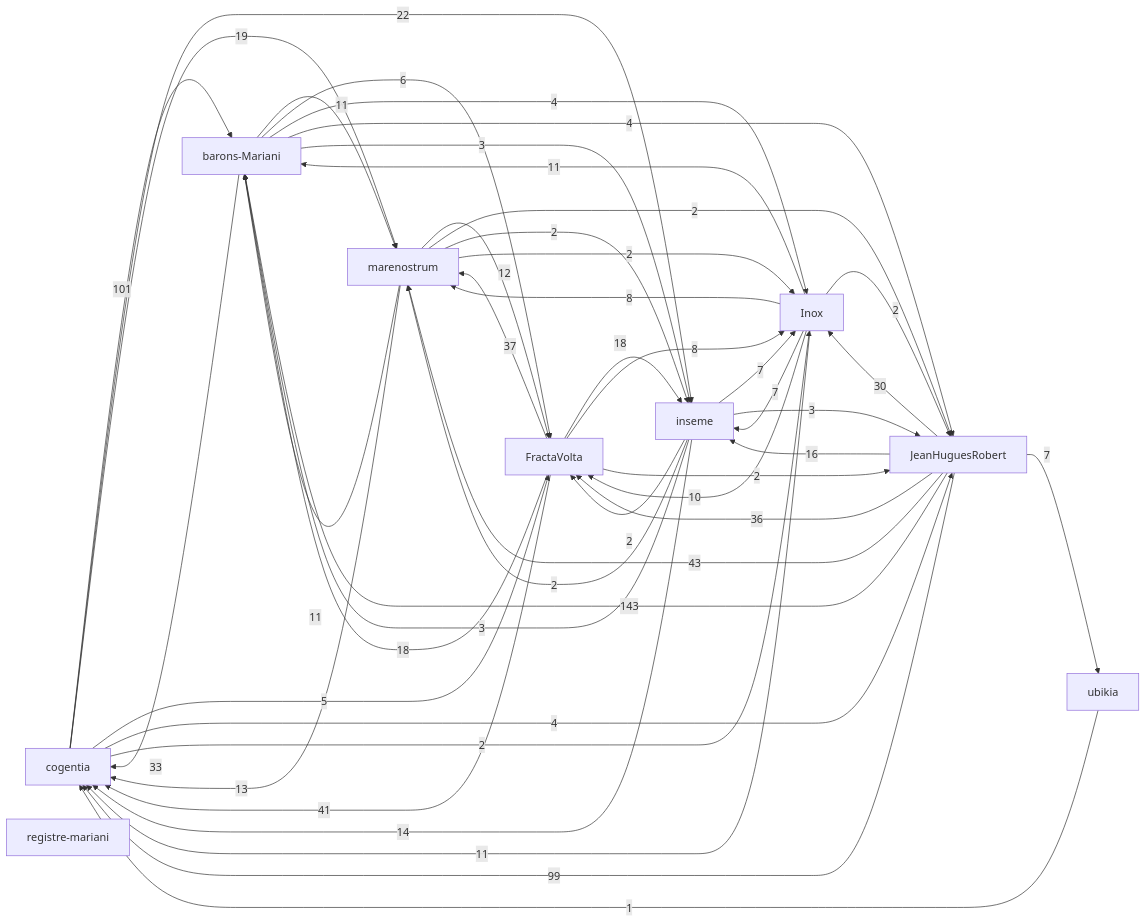
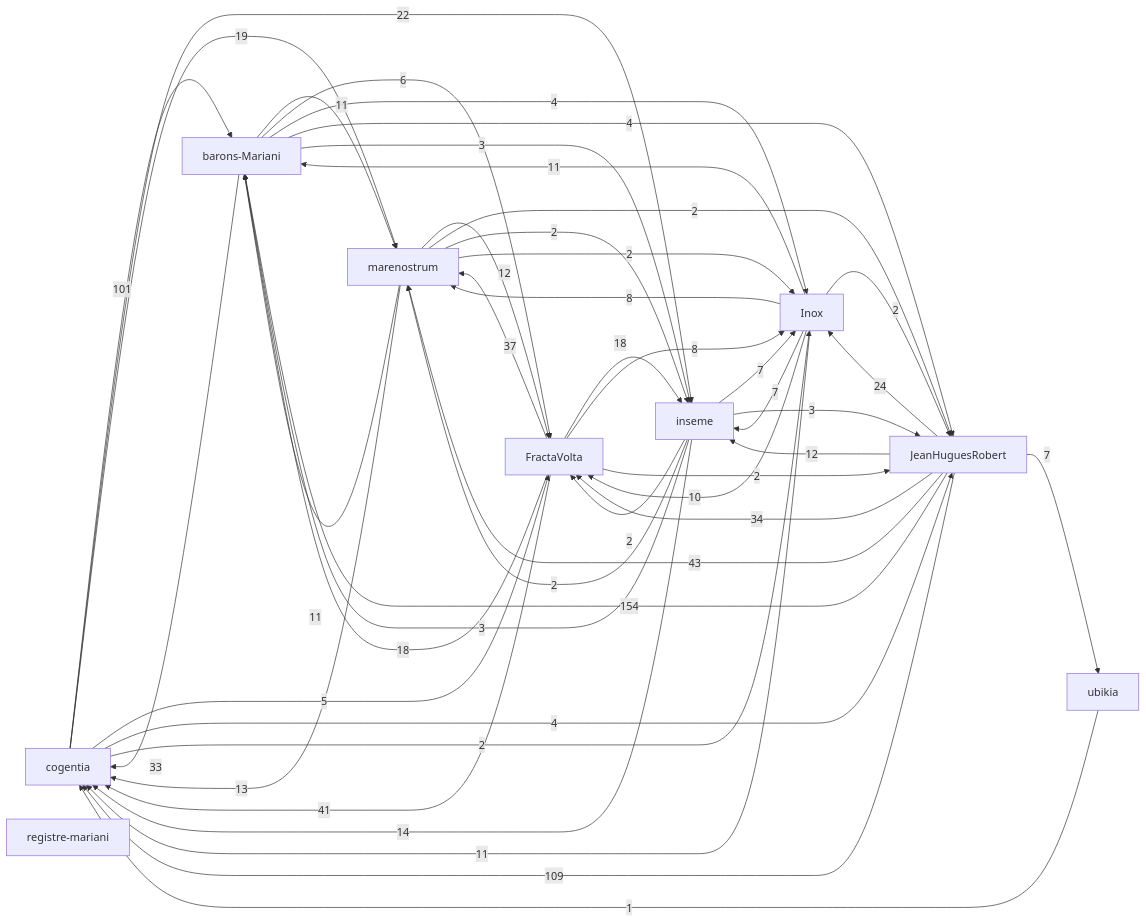
One commit to JeanHuguesRobert/barons-Mariani changed the first of 2 diagrams in research/corpus-status.md. Above: the diagram before and after it, drawn with Mermaid.

Commit message:
Refresh corpus status

````diff
--- a/research/corpus-status.md
+++ b/research/corpus-status.md
@@ -46,56 +46,56 @@
 ```mermaid
 graph LR
   r_cogentia["cogentia"]
   r_fractavolta["FractaVolta"]
   r_marenostrum["marenostrum"]
   r_barons_mariani["barons-Mariani"]
   r_inseme["inseme"]
   r_inox["Inox"]
   r_registre_mariani["registre-mariani"]
   r_ubikia["ubikia"]
   r_jeanhuguesrobert["JeanHuguesRobert"]
-  r_jeanhuguesrobert -->|143| r_barons_mariani
+  r_jeanhuguesrobert -->|154| r_barons_mariani
+  r_jeanhuguesrobert -->|109| r_cogentia
   r_cogentia -->|101| r_barons_mariani
-  r_jeanhuguesrobert -->|99| r_cogentia
   r_jeanhuguesrobert -->|43| r_marenostrum
   r_fractavolta -->|41| r_cogentia
   r_fractavolta -->|37| r_marenostrum
-  r_jeanhuguesrobert -->|36| r_fractavolta
+  r_jeanhuguesrobert -->|34| r_fractavolta
   r_barons_mariani -->|33| r_cogentia
-  r_jeanhuguesrobert -->|30| r_inox
+  r_jeanhuguesrobert -->|24| r_inox
   r_cogentia -->|22| r_inseme
   r_cogentia -->|19| r_marenostrum
   r_fractavolta -->|18| r_inseme
   r_fractavolta -->|18| r_barons_mariani
-  r_jeanhuguesrobert -->|16| r_inseme
   r_inseme -->|14| r_cogentia
   r_marenostrum -->|13| r_cogentia
+  r_jeanhuguesrobert -->|12| r_inseme
   r_marenostrum -->|12| r_fractavolta
   r_barons_mariani -->|11| r_marenostrum
   r_inox -->|11| r_barons_mariani
   r_inox -->|11| r_cogentia
   r_marenostrum -->|11| r_barons_mariani
   r_inox -->|10| r_fractavolta
   r_fractavolta -->|8| r_inox
   r_inox -->|8| r_marenostrum
   r_inox -->|7| r_inseme
   r_inseme -->|7| r_inox
   r_jeanhuguesrobert -->|7| r_ubikia
   r_barons_mariani -->|6| r_fractavolta
   r_cogentia -->|5| r_fractavolta
   r_barons_mariani -->|4| r_inox
   r_barons_mariani -->|4| r_jeanhuguesrobert
   r_cogentia -->|4| r_jeanhuguesrobert
   r_barons_mariani -->|3| r_inseme
   r_inseme -->|3| r_barons_mariani
   r_inseme -->|3| r_jeanhuguesrobert
   r_cogentia -->|2| r_inox
   r_fractavolta -->|2| r_jeanhuguesrobert
   r_inox -->|2| r_jeanhuguesrobert
   r_inseme -->|2| r_marenostrum
   r_inseme -->|2| r_fractavolta
   r_marenostrum -->|2| r_jeanhuguesrobert
   r_marenostrum -->|2| r_inseme
   r_marenostrum -->|2| r_inox
   r_ubikia -->|1| r_cogentia
 ```
````
